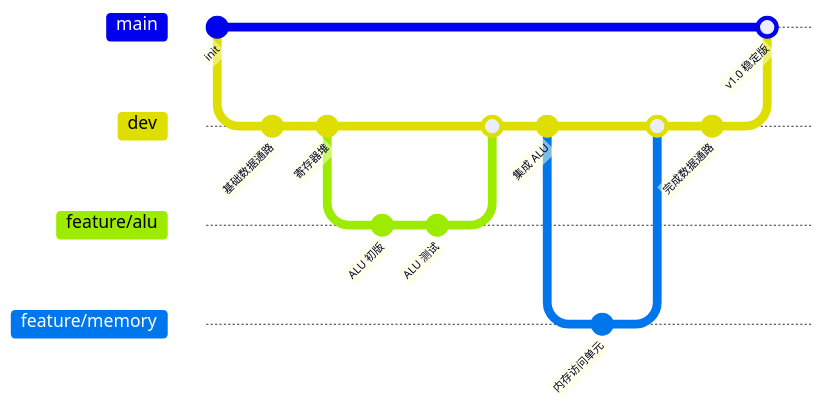
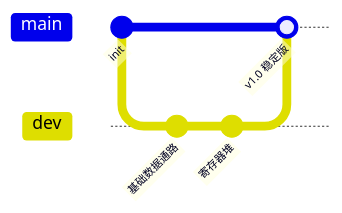
The diagram in README.md (xuan361/RISC32-SC), drawn with Mermaid before and after one commit. The commit also changed other lines of this file and 10 other files, not shown here.

````diff
--- a/README.md
+++ b/README.md
@@ -57,23 +57,10 @@
 ```mermaid
 gitGraph
     commit id: "init"
     branch dev
     checkout dev
     commit id: "基础数据通路"
     commit id: "寄存器堆"
-    branch feature/alu
-    checkout feature/alu
-    commit id: "ALU 初版"
-    commit id: "ALU 测试"
-    checkout dev
-    merge feature/alu
-    commit id: "集成 ALU"
-    branch feature/memory
-    checkout feature/memory
-    commit id: "内存访问单元"
-    checkout dev
-    merge feature/memory
-    commit id: "完成数据通路"
     checkout main
     merge dev id: "v1.0 稳定版"
 ```
````
